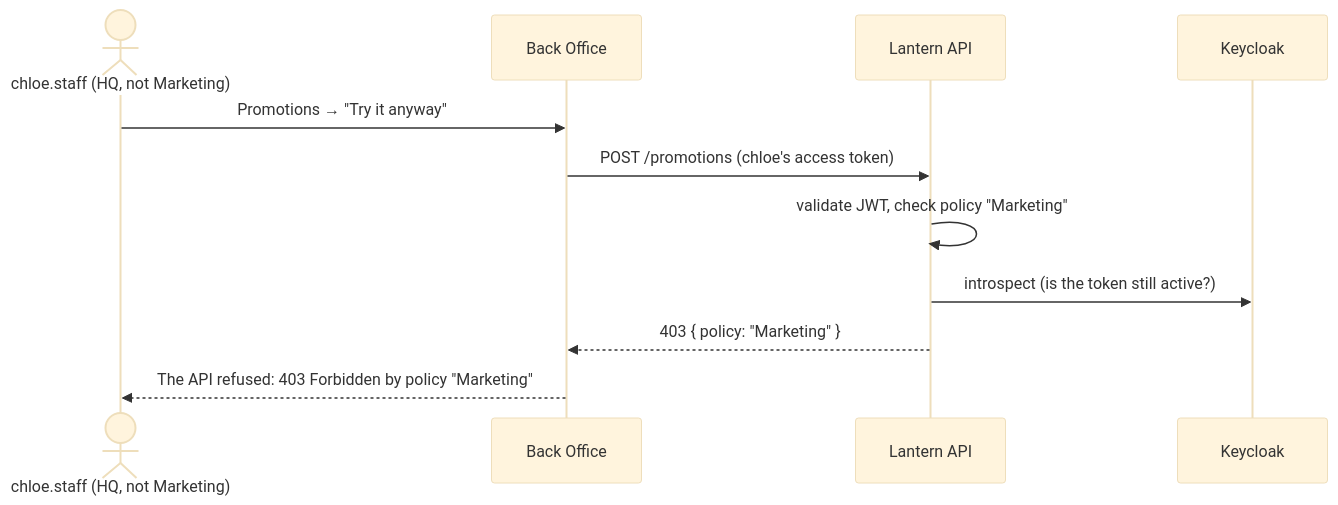
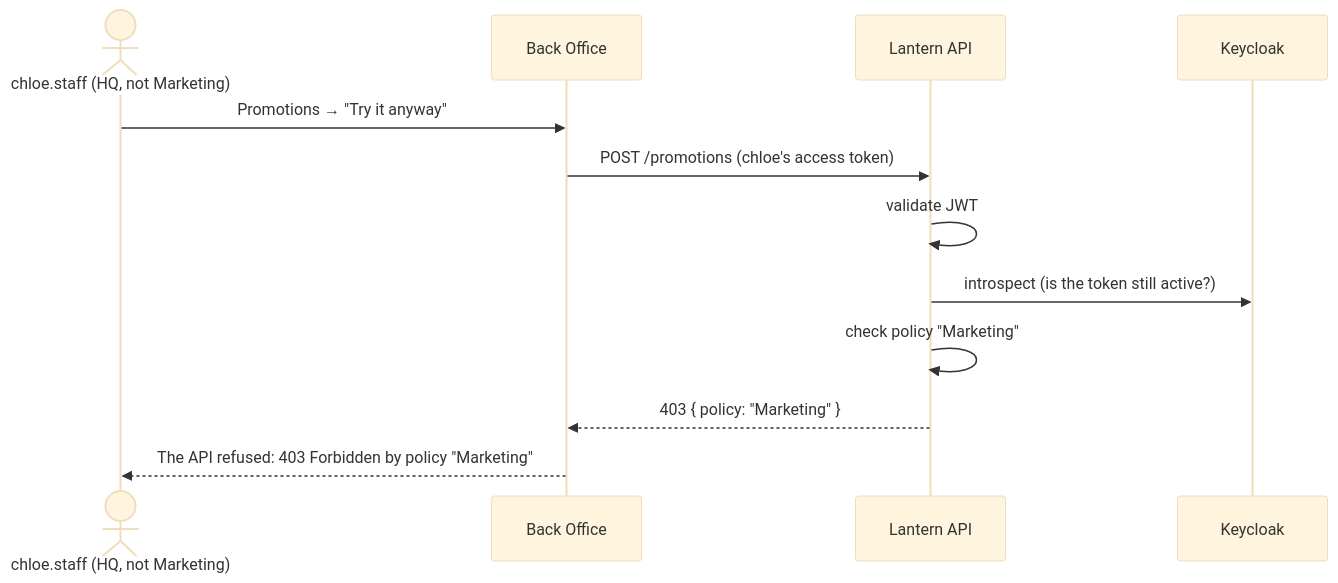
The diagram in docs/scenarios/c-roles-in-the-api.md (Fikhri02/Lantern-Auth), drawn with Mermaid (base theme) before and after one commit. The commit also changed 8 other files, not shown here.

````diff
--- a/docs/scenarios/c-roles-in-the-api.md
+++ b/docs/scenarios/c-roles-in-the-api.md
@@ -5,13 +5,14 @@
 ```mermaid
 sequenceDiagram
     actor U as chloe.staff (HQ, not Marketing)
     participant BO as Back Office
     participant API as Lantern API
     participant KC as Keycloak
     U->>BO: Promotions → "Try it anyway"
     BO->>API: POST /promotions (chloe's access token)
-    API->>API: validate JWT, check policy "Marketing"
+    API->>API: validate JWT
     API->>KC: introspect (is the token still active?)
+    API->>API: check policy "Marketing"
     API-->>BO: 403 { policy: "Marketing" }
     BO-->>U: The API refused: 403 Forbidden by policy "Marketing"
 ```
````
